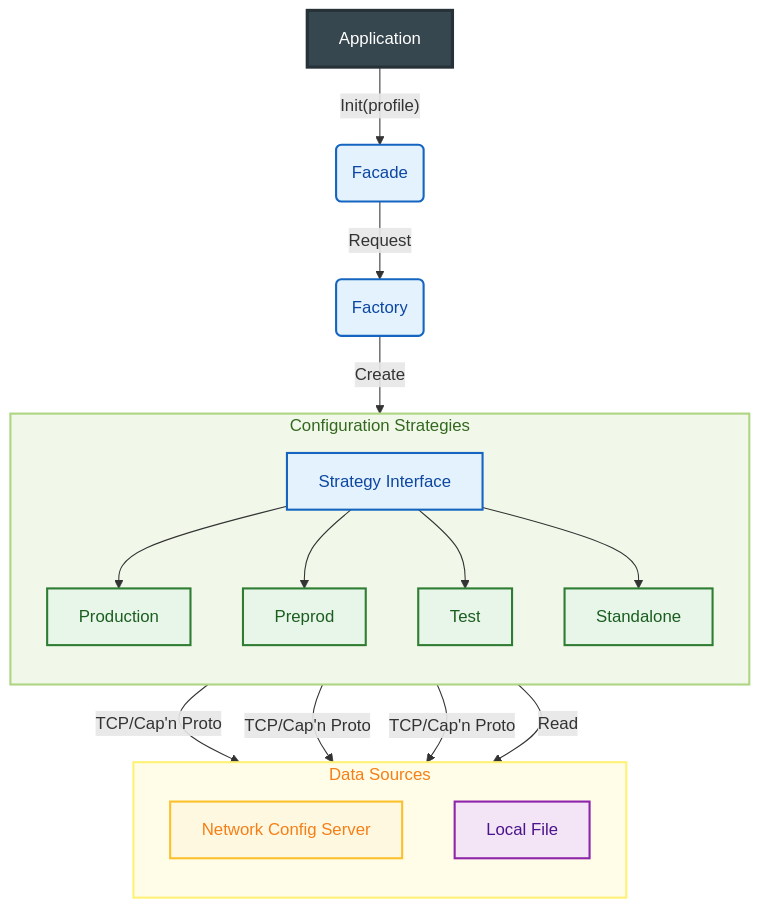
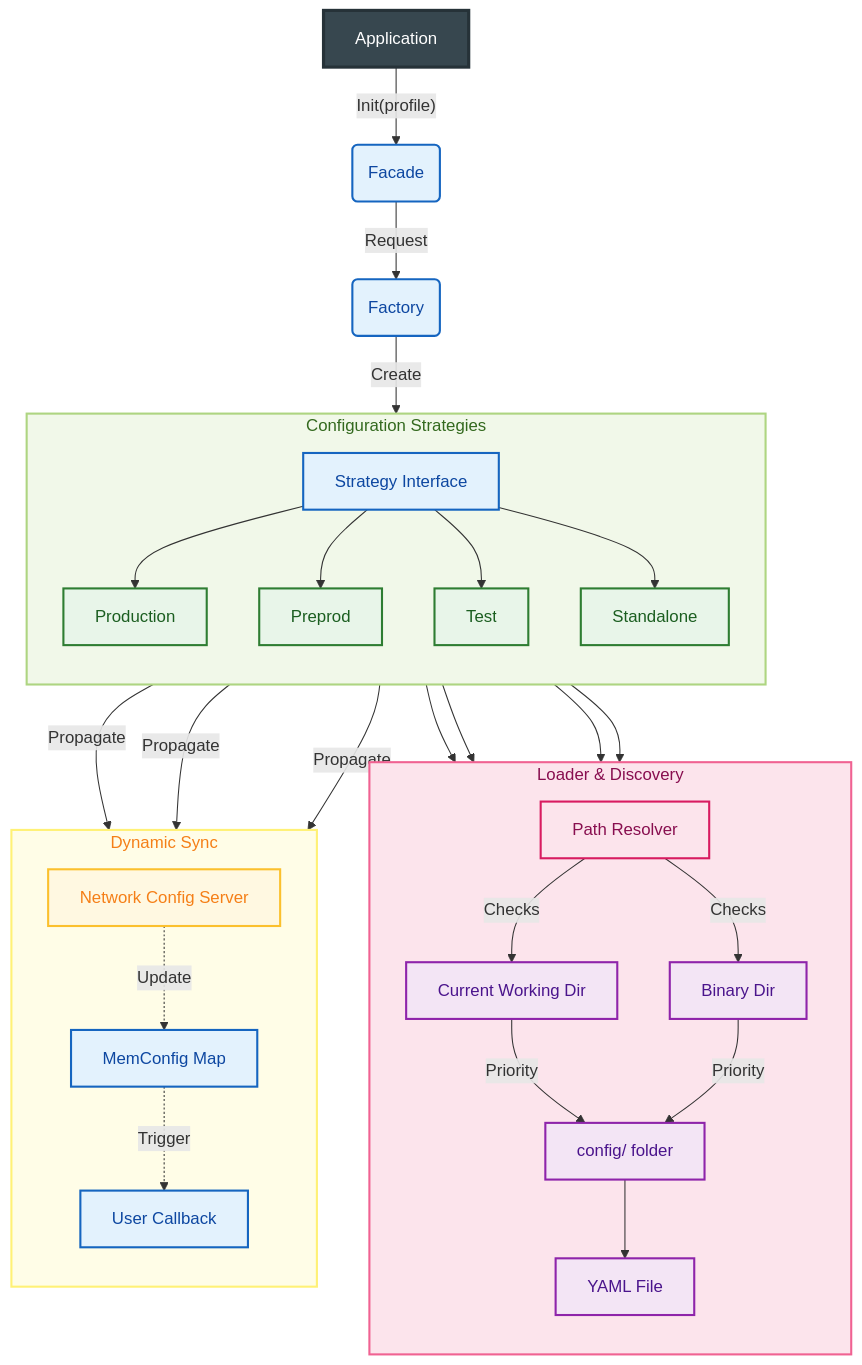
One commit to Bastien-Antigravity/distributed-config changed the diagram in ARCHITECTURE.md. Above: the diagram before and after it, drawn with Mermaid. The commit also changed other lines of this file and 42 other files, not shown here.

````diff
--- a/ARCHITECTURE.md
+++ b/ARCHITECTURE.md
@@ -7,34 +9,44 @@
 ```mermaid
 flowchart TD
     %% Styles
     classDef core fill:#e3f2fd,stroke:#1565c0,stroke-width:2px,color:#0d47a1;
     classDef strategy fill:#e8f5e9,stroke:#2e7d32,stroke-width:2px,color:#1b5e20;
     classDef net fill:#fff8e1,stroke:#fbc02d,stroke-width:2px,color:#f57f17;
     classDef file fill:#f3e5f5,stroke:#8e24aa,stroke-width:2px,color:#4a148c;
+    classDef loader fill:#fce4ec,stroke:#d81b60,stroke-width:2px,color:#880e4f;
 
     %% Application Node Styling
     style App fill:#37474f,stroke:#263238,stroke-width:3px,color:#ffffff
 
     %% Nodes
     App[Application] -->|"Init(profile)"| Facade(Facade):::core
     Facade -->|Request| Factory(Factory):::core
     Factory -->|Create| StratInterface[Strategy Interface]:::core
 
     subgraph Strategies [Configuration Strategies]
         direction TB
         StratInterface --> Prod[Production]:::strategy
         StratInterface --> Pre[Preprod]:::strategy
         StratInterface --> Test[Test]:::strategy
         StratInterface --> Stand[Standalone]:::strategy
     end
     style Strategies fill:#f1f8e9,stroke:#aed581,stroke-width:2px,color:#33691e
 
-    subgraph Sources [Data Sources]
+    subgraph Discovery [Loader & Discovery]
         direction TB
-        Prod -->|TCP/Cap'n Proto| Net[Network Config Server]:::net
-        Pre -->|TCP/Cap'n Proto| Net
-        Test -->|TCP/Cap'n Proto| Net
-        Stand -->|Read| Local[Local File]:::file
+        Prod & Pre & Test & Stand --> Loader[Path Resolver]:::loader
+        Loader -->|Checks| CWD[Current Working Dir]:::file
+        Loader -->|Checks| BinDir[Binary Dir]:::file
+        CWD & BinDir -->|Priority| ConfigFolder[config/ folder]:::file
+        ConfigFolder --> YAML[YAML File]:::file
     end
-    style Sources fill:#fffde7,stroke:#fff176,stroke-width:2px,color:#f57f17
+    style Discovery fill:#fce4ec,stroke:#f06292,stroke-width:2px,color:#880e4f
+
+    subgraph Sync [Dynamic Sync]
+        direction TB
+        Prod & Pre & Test -->|Propagate| Net[Network Config Server]:::net
+        Net -.->|Update| MemConfig[MemConfig Map]:::core
+        MemConfig -.->|Trigger| Callback[User Callback]:::core
+    end
+    style Sync fill:#fffde7,stroke:#fff176,stroke-width:2px,color:#f57f17
 ```
````
